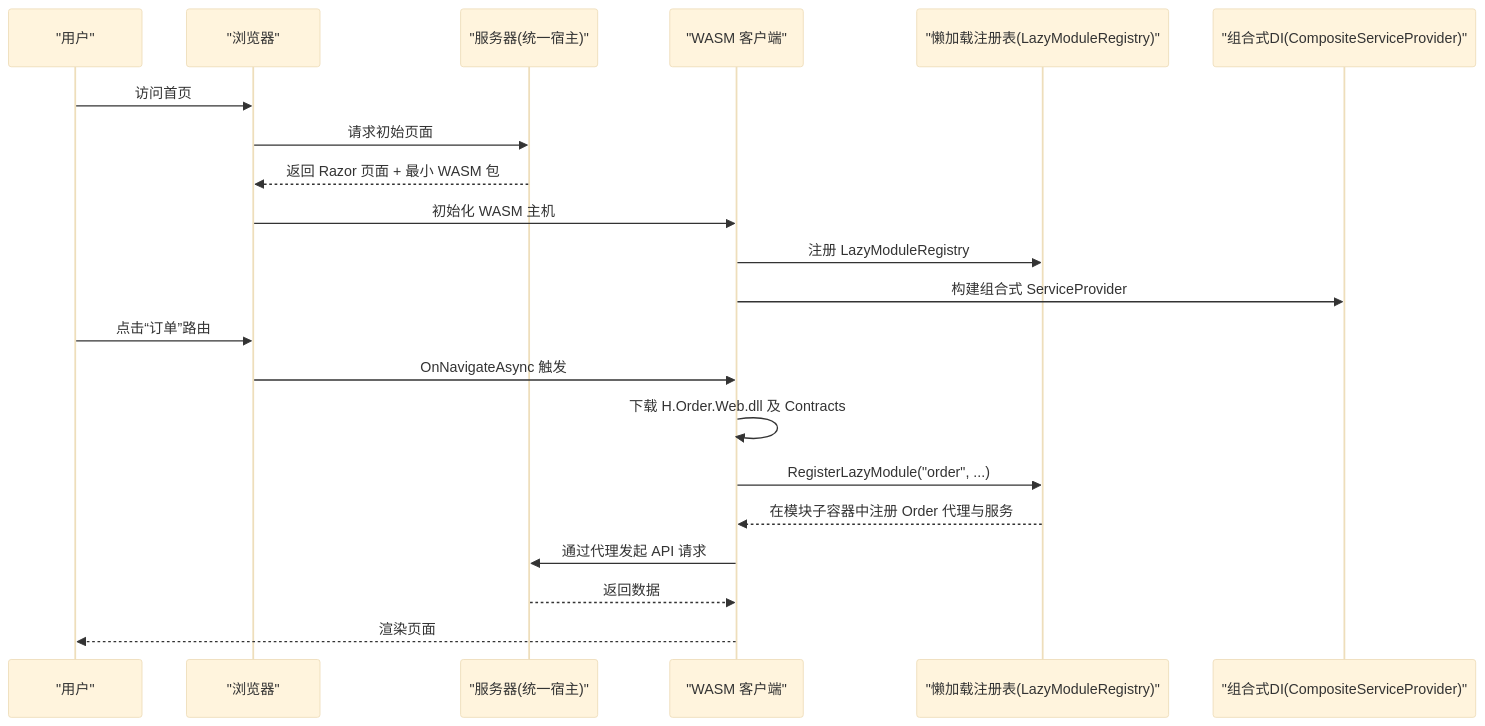
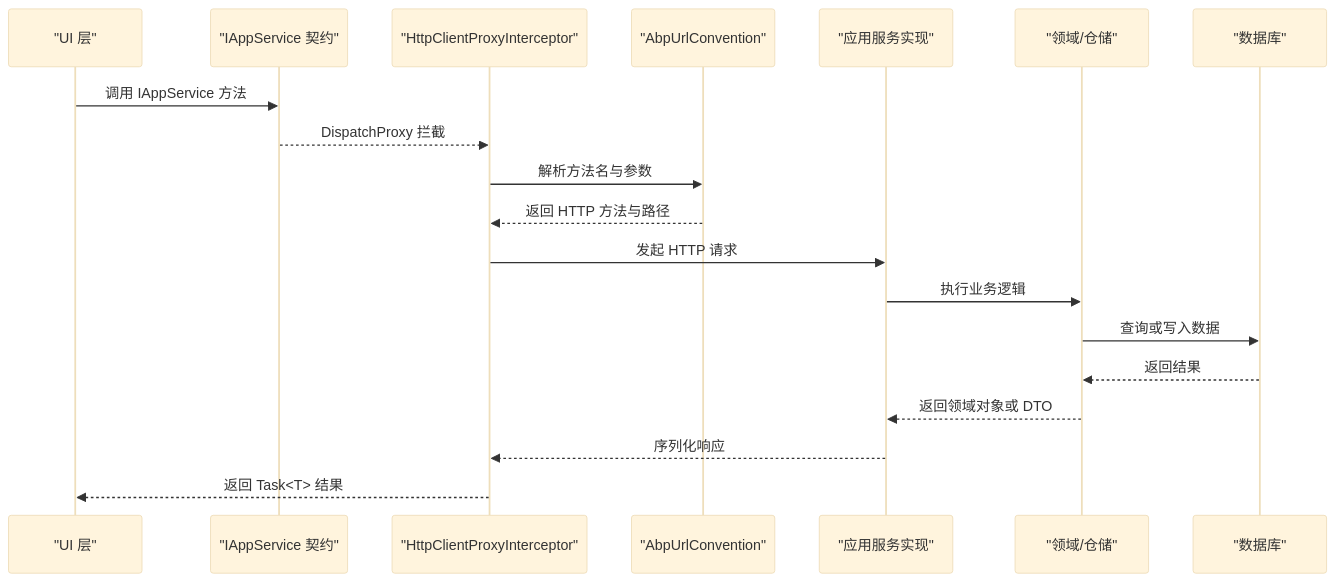
The third of 9 diagrams in .qoder/repowiki/zh/content/架构设计/架构设计.md (openlowcodelab/lowcode), drawn with Mermaid (base theme) before and after one commit. The commit also changed other lines of this file and 293 other files, not shown here.

````diff
--- a/.qoder/repowiki/zh/content/架构设计/架构设计.md
+++ b/.qoder/repowiki/zh/content/架构设计/架构设计.md
@@ -176,23 +169,22 @@
 ```mermaid
 sequenceDiagram
-participant U as "用户"
-participant B as "浏览器"
-participant S as "服务器(统一宿主)"
-participant W as "WASM 客户端"
-participant L as "懒加载注册表(LazyModuleRegistry)"
-participant P as "组合式DI(CompositeServiceProvider)"
-U->>B : 访问首页
-B->>S : 请求初始页面
-S-->>B : 返回 Razor 页面 + 最小 WASM 包
-B->>W : 初始化 WASM 主机
-W->>L : 注册 LazyModuleRegistry
-W->>P : 构建组合式 ServiceProvider
-U->>B : 点击“订单”路由
-B->>W : OnNavigateAsync 触发
-W->>W : 下载 H.Order.Web.dll 及 Contracts
-W->>L : RegisterLazyModule("order", ...)
-L-->>W : 在模块子容器中注册 Order 代理与服务
-W->>S : 通过代理发起 API 请求
-S-->>W : 返回数据
-W-->>U : 渲染页面
+    participant UI as "UI 层"
+    participant Contract as "IAppService 契约"
+    participant Proxy as "HttpClientProxyInterceptor"
+    participant Convention as "AbpUrlConvention"
+    participant Service as "应用服务实现"
+    participant Domain as "领域/仓储"
+    participant DB as "数据库"
+
+    UI->>Contract: 调用 IAppService 方法
+    Contract-->>Proxy: DispatchProxy 拦截
+    Proxy->>Convention: 解析方法名与参数
+    Convention-->>Proxy: 返回 HTTP 方法与路径
+    Proxy->>Service: 发起 HTTP 请求
+    Service->>Domain: 执行业务逻辑
+    Domain->>DB: 查询或写入数据
+    DB-->>Domain: 返回结果
+    Domain-->>Service: 返回领域对象或 DTO
+    Service-->>Proxy: 序列化响应
+    Proxy-->>UI: 返回 Task<T> 结果
 ```
````
